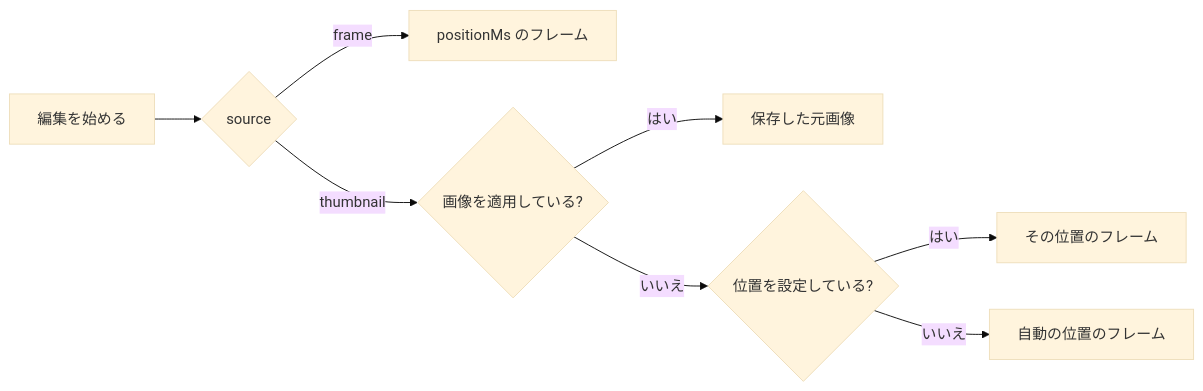
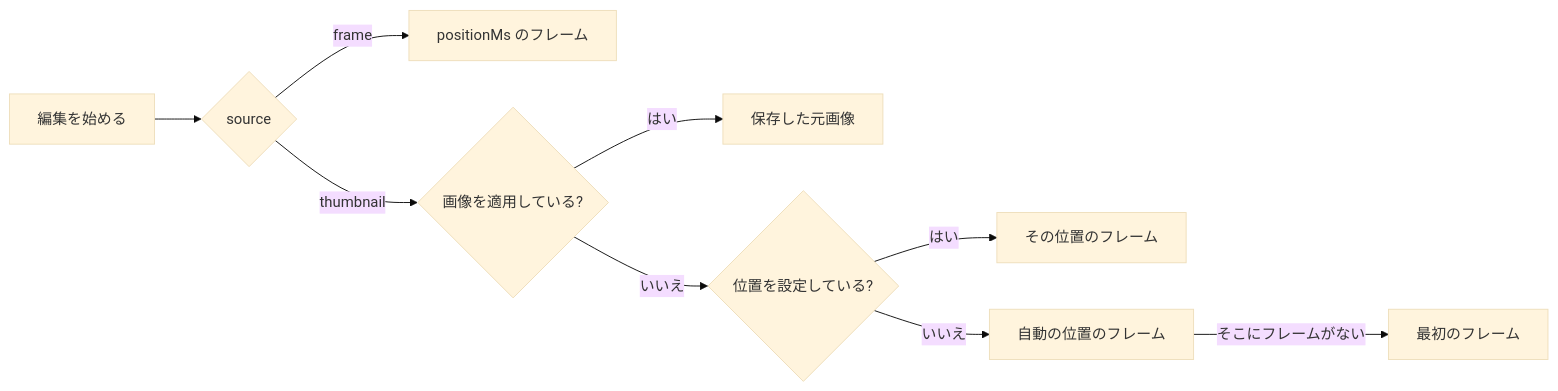
Before and after one commit to syudead/vv: the diagram in translations/ja/specs/046-thumbnail-image-upload/research.md, drawn with Mermaid (base theme). The commit also changed other lines of this file and 3 other files, not shown here.

````diff
--- a/translations/ja/specs/046-thumbnail-image-upload/research.md
+++ b/translations/ja/specs/046-thumbnail-image-upload/research.md
@@ -63,10 +63,11 @@
 ```mermaid
 flowchart LR
   start[編集を始める] --> which{source}
   which -->|frame| pos[positionMs のフレーム]
   which -->|thumbnail| row{画像を適用している?}
   row -->|はい| stored[保存した元画像]
   row -->|いいえ| set{位置を設定している?}
   set -->|はい| at[その位置のフレーム]
   set -->|いいえ| auto[自動の位置のフレーム]
+  auto -->|そこにフレームがない| first[最初のフレーム]
 ```
````
